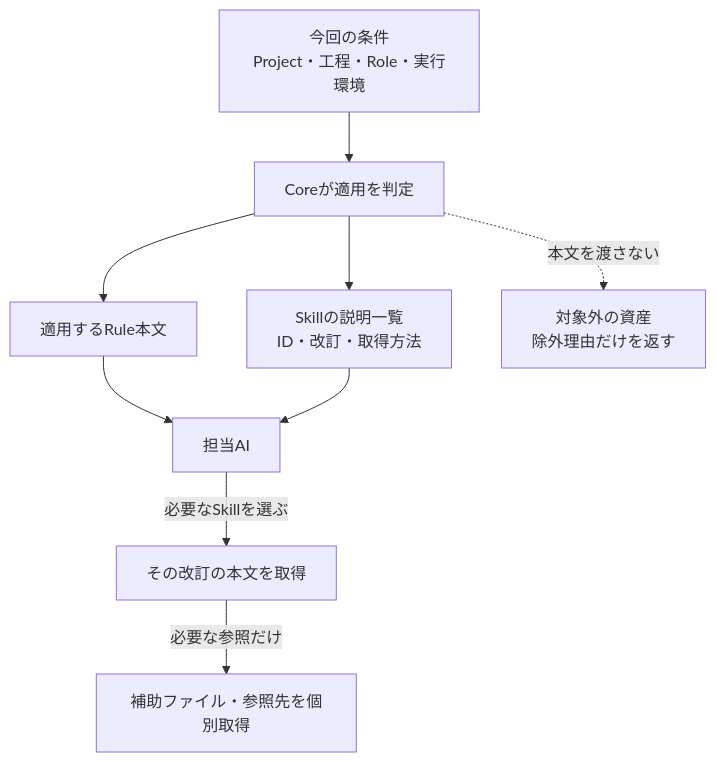
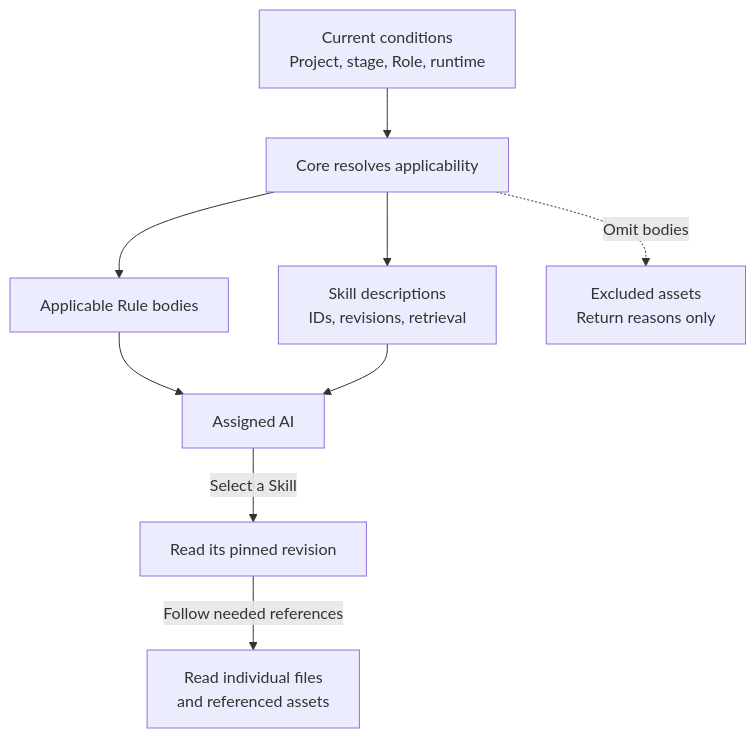
The fourth of 8 diagrams in README.md (Memoria-ll/agent-asset-control-layer), drawn with Mermaid before and after one commit. The commit also changed other lines of this file and 1 other file, not shown here.

````diff
--- a/README.md
+++ b/README.md
@@ -113,11 +115,11 @@
 ```mermaid
 flowchart TD
-    Conditions["今回の条件<br/>Project・工程・Role・実行環境"] --> Resolve["Coreが適用を判定"]
-    Resolve --> Rules["適用するRule本文"]
-    Resolve --> Catalog["Skillの説明一覧<br/>ID・改訂・取得方法"]
-    Rules --> AI["担当AI"]
+    Conditions["Current conditions<br/>Project, stage, Role, runtime"] --> Resolve["Core resolves applicability"]
+    Resolve --> Rules["Applicable Rule bodies"]
+    Resolve --> Catalog["Skill descriptions<br/>IDs, revisions, retrieval"]
+    Rules --> AI["Assigned AI"]
     Catalog --> AI
-    AI -->|"必要なSkillを選ぶ"| Body["その改訂の本文を取得"]
-    Body -->|"必要な参照だけ"| Files["補助ファイル・参照先を個別取得"]
-    Resolve -. "本文を渡さない" .-> Other["対象外の資産<br/>除外理由だけを返す"]
+    AI -->|"Select a Skill"| Body["Read its pinned revision"]
+    Body -->|"Follow needed references"| Files["Read individual files<br/>and referenced assets"]
+    Resolve -. "Omit bodies" .-> Other["Excluded assets<br/>Return reasons only"]
 ```
````
